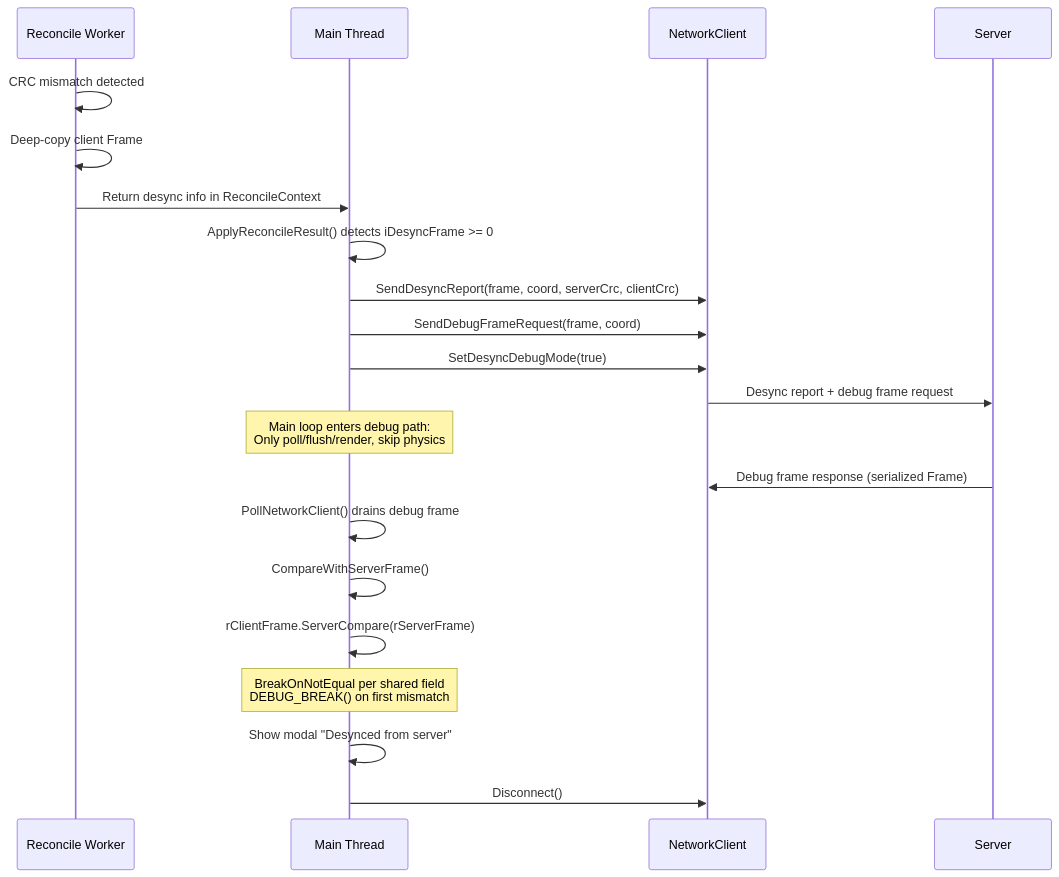
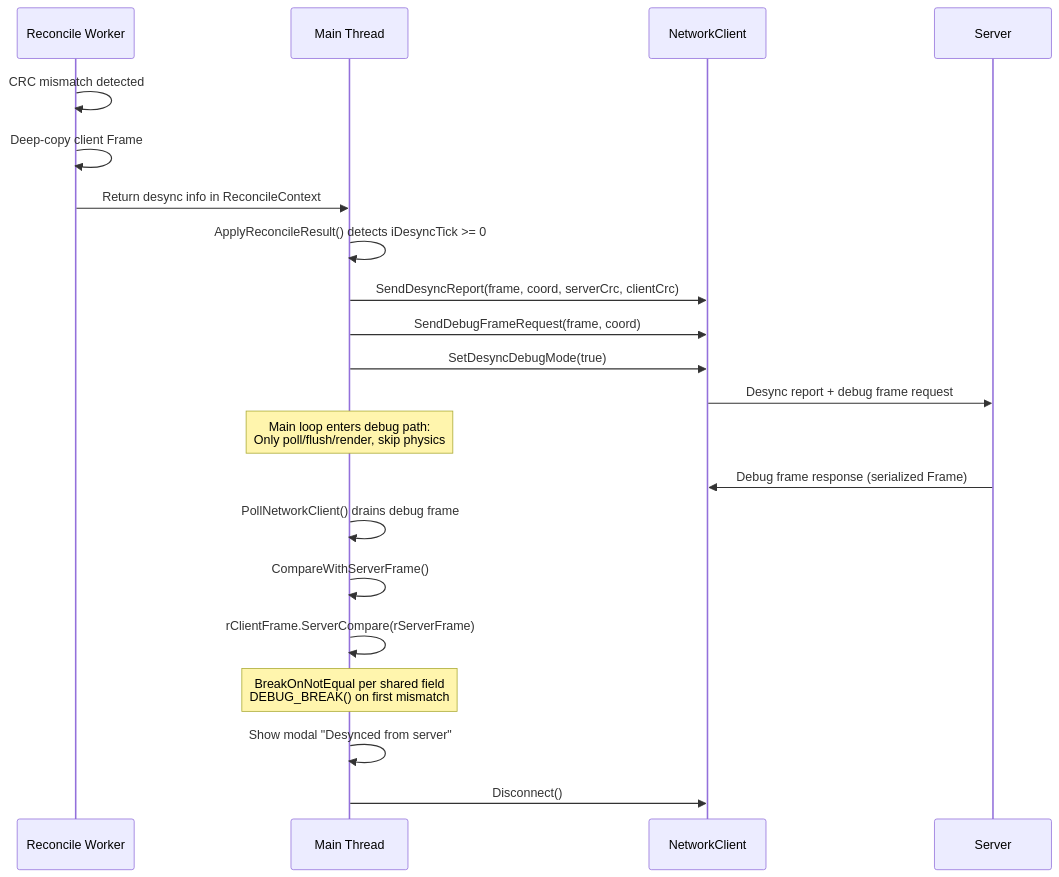
The fourth of 4 diagrams in Documents/Architecture/GameReconciliation.md (DougTanner/BrokenEnginePublic), drawn with Mermaid before and after one commit. The commit also changed other lines of this file and 7 other files, not shown here.

````diff
--- a/Documents/Architecture/GameReconciliation.md
+++ b/Documents/Architecture/GameReconciliation.md
@@ -140,29 +140,29 @@
 ```mermaid
 %%{init: {'theme': 'default'}}%%
 sequenceDiagram
     participant Worker as Reconcile Worker
     participant Main as Main Thread
     participant Net as NetworkClient
     participant Server
 
     Worker->>Worker: CRC mismatch detected
     Worker->>Worker: Deep-copy client Frame
     Worker->>Main: Return desync info in ReconcileContext
 
-    Main->>Main: ApplyReconcileResult() detects iDesyncFrame >= 0
+    Main->>Main: ApplyReconcileResult() detects iDesyncTick >= 0
     Main->>Net: SendDesyncReport(frame, coord, serverCrc, clientCrc)
     Main->>Net: SendDebugFrameRequest(frame, coord)
     Main->>Net: SetDesyncDebugMode(true)
     Net->>Server: Desync report + debug frame request
 
     Note over Main: Main loop enters debug path:<br/>Only poll/flush/render, skip physics
 
     Server->>Net: Debug frame response (serialized Frame)
     Main->>Main: PollNetworkClient() drains debug frame
     Main->>Main: CompareWithServerFrame()
     Main->>Main: rClientFrame.ServerCompare(rServerFrame)
     Note over Main: BreakOnNotEqual per shared field<br/>DEBUG_BREAK() on first mismatch
 
     Main->>Main: Show modal "Desynced from server"
     Main->>Net: Disconnect()
 ```
````
